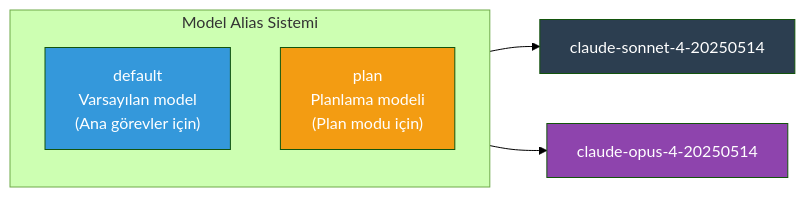
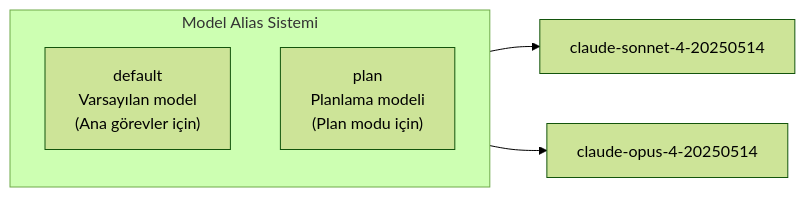
The second of 5 diagrams in 17-konfigurasyon/04-model-konfigurasyonu.md (IzzetYasinAtes/ClaudeCodeHandbook), drawn with Mermaid (forest theme) before and after one commit. The commit also changed other lines of this file and 97 other files, not shown here.

Commit message:
Remove all custom Mermaid style/fill colors from 98 markdown files for consistent dark theme rendering

````diff
--- a/17-konfigurasyon/04-model-konfigurasyonu.md
+++ b/17-konfigurasyon/04-model-konfigurasyonu.md
@@ -52,16 +48,12 @@
 ```mermaid
 flowchart LR
     subgraph aliases ["Model Alias Sistemi"]
         direction TB
         DEFAULT_ALIAS["default<br/>Varsayılan model<br/>(Ana görevler için)"]
         PLAN_ALIAS["plan<br/>Planlama modeli<br/>(Plan modu için)"]
     end
 
     DEFAULT_ALIAS --> SONNET["claude-sonnet-4-20250514"]
     PLAN_ALIAS --> OPUS["claude-opus-4-20250514"]
 
-    style DEFAULT_ALIAS fill:#3498DB,color:#fff
-    style PLAN_ALIAS fill:#F39C12,color:#fff
-    style SONNET fill:#2C3E50,color:#fff
-    style OPUS fill:#8E44AD,color:#fff
 ```
````
